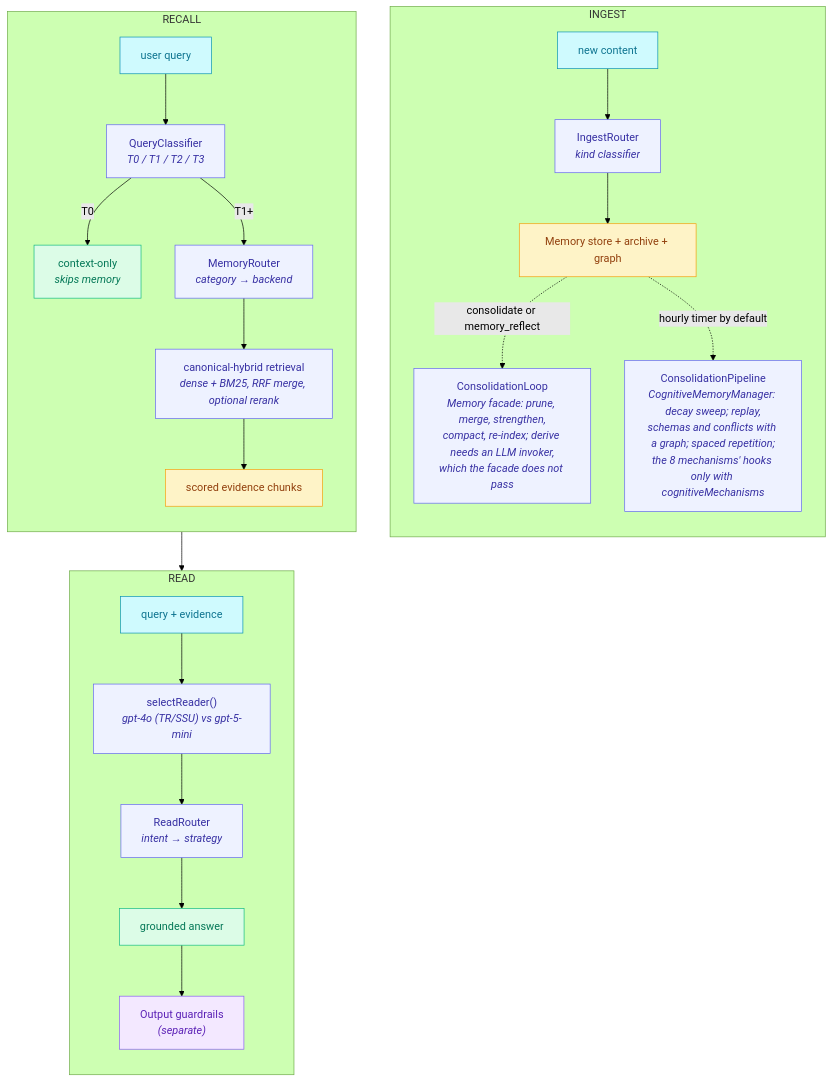
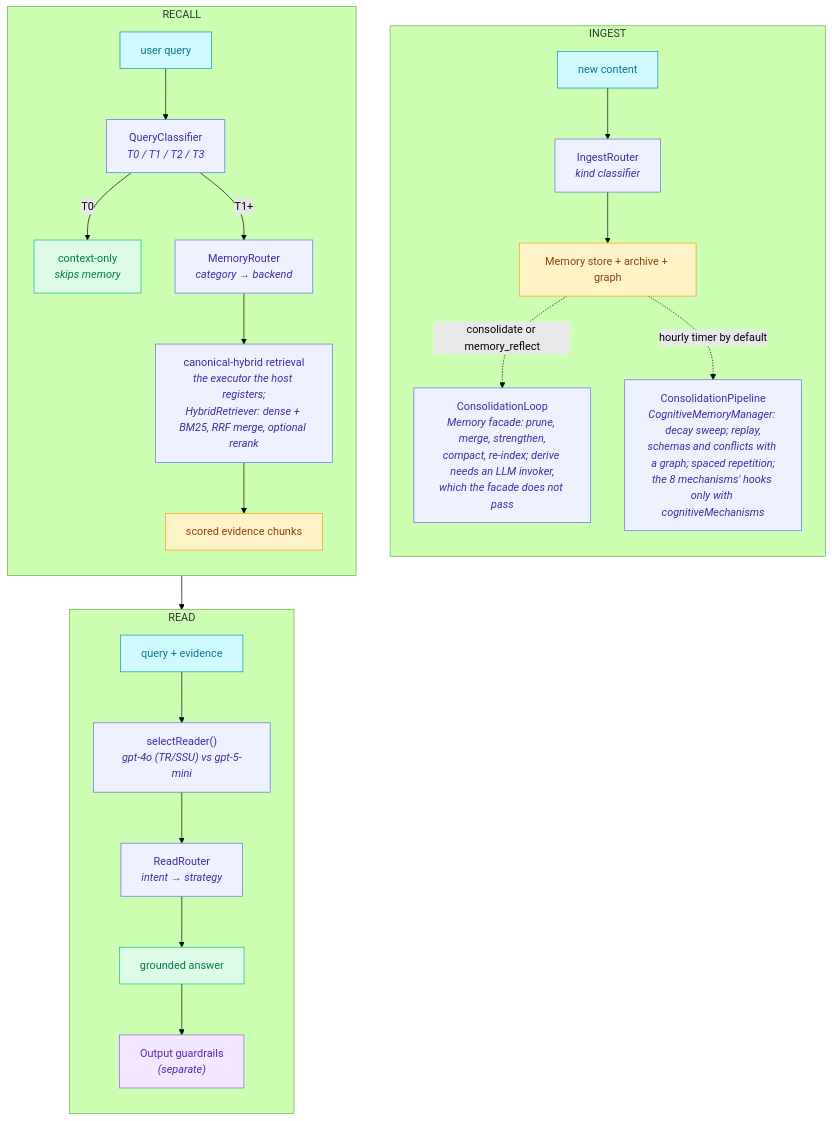
The diagram in docs/MEMORY_SYSTEM_OVERVIEW.md (framerslab/agentos), drawn with Mermaid (forest theme) before and after one commit. The commit also changed other lines of this file and 3 other files, not shown here.

````diff
--- a/docs/MEMORY_SYSTEM_OVERVIEW.md
+++ b/docs/MEMORY_SYSTEM_OVERVIEW.md
@@ -181,46 +181,46 @@
 ```mermaid
 flowchart TB
     subgraph ingest["INGEST"]
         direction TB
         I1["new content"]:::input
         I2["IngestRouter<br/><i>kind classifier</i>"]:::process
         I3["Memory store + archive + graph"]:::data
         I4["ConsolidationLoop<br/><i>Memory facade: prune, merge, strengthen,<br/>compact, re-index; derive needs an LLM invoker,<br/>which the facade does not pass</i>"]:::process
         I5["ConsolidationPipeline<br/><i>CognitiveMemoryManager: decay sweep; replay,<br/>schemas and conflicts with a graph; spaced repetition;<br/>the 8 mechanisms' hooks only with cognitiveMechanisms</i>"]:::process
         I1 --> I2 --> I3
         I3 -. consolidate or memory_reflect .-> I4
         I3 -. hourly timer by default .-> I5
     end
 
     subgraph recall["RECALL"]
         direction TB
         R1["user query"]:::input
         R2["QueryClassifier<br/><i>T0 / T1 / T2 / T3</i>"]:::process
         R3["context-only<br/><i>skips memory</i>"]:::output
         R4["MemoryRouter<br/><i>category → backend</i>"]:::process
-        R5["canonical-hybrid retrieval<br/><i>dense + BM25, RRF merge, optional rerank</i>"]:::process
+        R5["canonical-hybrid retrieval<br/><i>the executor the host registers;<br/>HybridRetriever: dense + BM25, RRF merge, optional rerank</i>"]:::process
         R6["scored evidence chunks"]:::data
         R1 --> R2
         R2 -- T0 --> R3
         R2 -- T1+ --> R4
         R4 --> R5 --> R6
     end
 
     subgraph read["READ"]
         direction TB
         D1["query + evidence"]:::input
         D2["selectReader()<br/><i>gpt-4o (TR/SSU) vs gpt-5-mini</i>"]:::process
         D3["ReadRouter<br/><i>intent → strategy</i>"]:::process
         D4["grounded answer"]:::output
         D5["Output guardrails<br/><i>(separate)</i>"]:::external
         D1 --> D2 --> D3 --> D4 --> D5
     end
 
     R6 --> D1
 
     classDef input fill:#cffafe,stroke:#0891b2,color:#0e7490
     classDef process fill:#eef2ff,stroke:#6366f1,color:#3730a3
     classDef data fill:#fef3c7,stroke:#f59e0b,color:#92400e
     classDef output fill:#dcfce7,stroke:#10b981,color:#047857
     classDef external fill:#f3e8ff,stroke:#8b5cf6,color:#5b21b6
 ```
````
